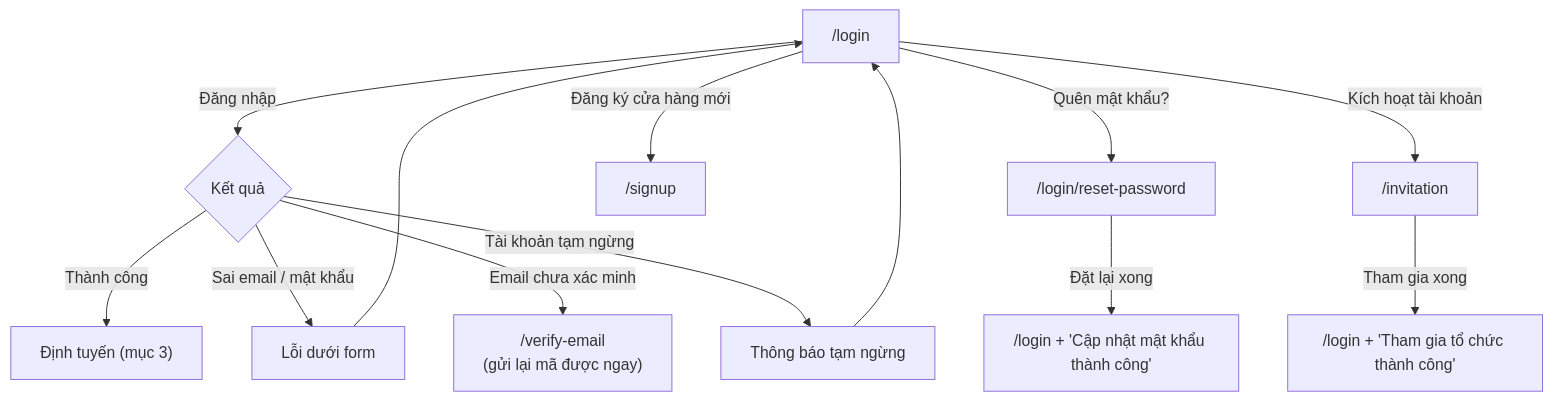
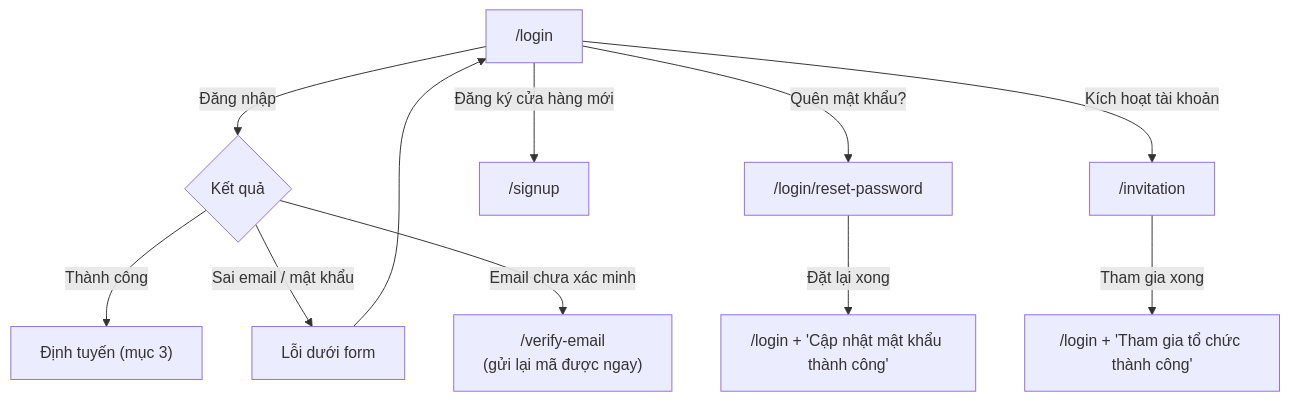
The third of 4 diagrams in docs/02-yeu-cau/LUONG-UNG-DUNG.md (DsChien102/erp-sales-inventory), drawn with Mermaid before and after one commit. The commit also changed other lines of this file and 148 other files, not shown here.

````diff
--- a/docs/02-yeu-cau/LUONG-UNG-DUNG.md
+++ b/docs/02-yeu-cau/LUONG-UNG-DUNG.md
@@ -92,13 +77,12 @@
 ```mermaid
 flowchart TD
   L["/login"] -->|"Đăng nhập"| C{"Kết quả"}
   C -->|"Thành công"| ROUTE["Định tuyến (mục 3)"]
   C -->|"Sai email / mật khẩu"| E1["Lỗi dưới form"] --> L
   C -->|"Email chưa xác minh"| V["/verify-email<br/>(gửi lại mã được ngay)"]
-  C -->|"Tài khoản tạm ngừng"| E2["Thông báo tạm ngừng"] --> L
   L -->|"Quên mật khẩu?"| R["/login/reset-password"]
   L -->|"Đăng ký cửa hàng mới"| S["/signup"]
   L -->|"Kích hoạt tài khoản"| I["/invitation"]
   R -->|"Đặt lại xong"| L2["/login + 'Cập nhật mật khẩu thành công'"]
   I -->|"Tham gia xong"| L3["/login + 'Tham gia tổ chức thành công'"]
 ```
````
